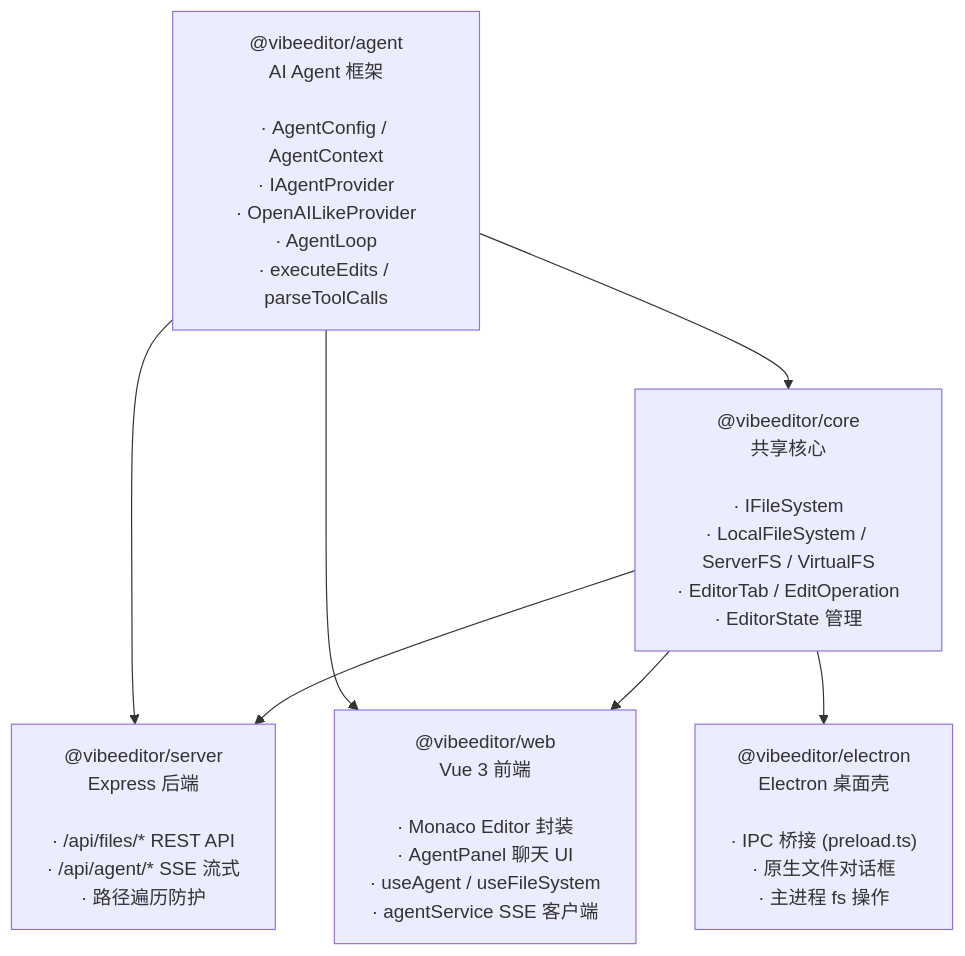
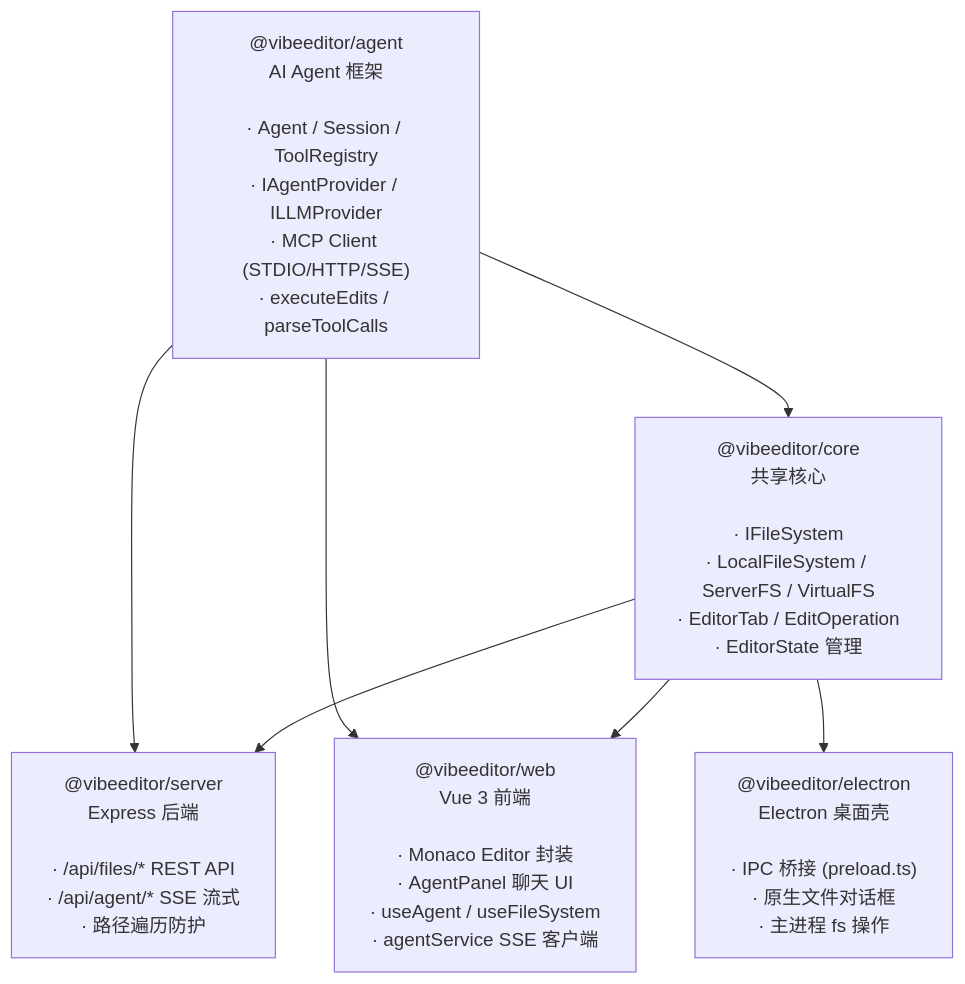
The first of 5 diagrams in README.md (LSF1106/VibeEditor), drawn with Mermaid before and after one commit. The commit also changed other lines of this file and 2 other files, not shown here.

````diff
--- a/README.md
+++ b/README.md
@@ -106,15 +108,15 @@
 ```mermaid
 graph TD
-    agent["@vibeeditor/agent<br/>AI Agent 框架<br/><br/>· AgentConfig / AgentContext<br/>· IAgentProvider<br/>· OpenAILikeProvider<br/>· AgentLoop<br/>· executeEdits / parseToolCalls"]
+    agent["@vibeeditor/agent<br/>AI Agent 框架<br/><br/>· Agent / Session / ToolRegistry<br/>· IAgentProvider / ILLMProvider<br/>· MCP Client (STDIO/HTTP/SSE)<br/>· executeEdits / parseToolCalls"]
     core["@vibeeditor/core<br/>共享核心<br/><br/>· IFileSystem<br/>· LocalFileSystem / ServerFS / VirtualFS<br/>· EditorTab / EditOperation<br/>· EditorState 管理"]
     server["@vibeeditor/server<br/>Express 后端<br/><br/>· /api/files/* REST API<br/>· /api/agent/* SSE 流式<br/>· 路径遍历防护"]
     web["@vibeeditor/web<br/>Vue 3 前端<br/><br/>· Monaco Editor 封装<br/>· AgentPanel 聊天 UI<br/>· useAgent / useFileSystem<br/>· agentService SSE 客户端"]
     electron["@vibeeditor/electron<br/>Electron 桌面壳<br/><br/>· IPC 桥接 (preload.ts)<br/>· 原生文件对话框<br/>· 主进程 fs 操作"]
 
     agent --> core
     agent --> server
     agent --> web
     core --> server
     core --> web
     core --> electron
 ```
````
